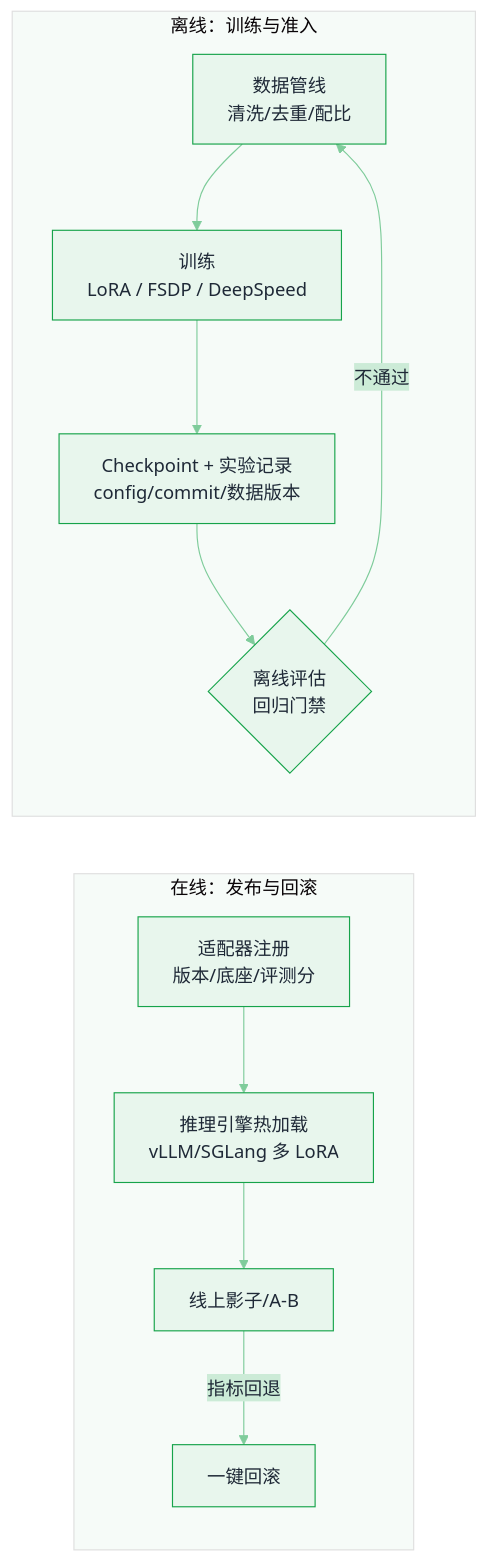
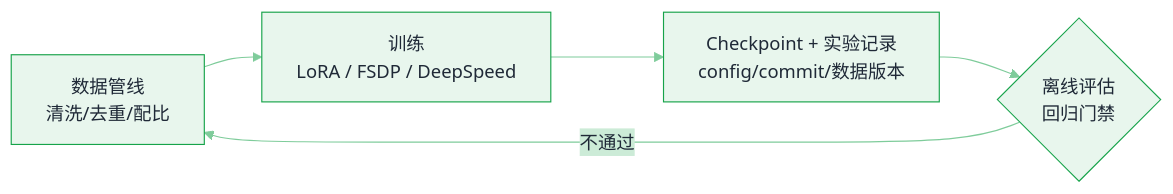
The first of 2 diagrams in docs/16-ai-infrastructure/training-finetune-infra.md (funny8kids/ai-agent-handbook), drawn with Mermaid before and after one commit. The commit also changed other lines of this file and 39 other files, not shown here.

First line of the commit message:
Round 15: re-measure all diagrams on GitBook's real mermaid version (11.14.0)

````diff
--- a/docs/16-ai-infrastructure/training-finetune-infra.md
+++ b/docs/16-ai-infrastructure/training-finetune-infra.md
@@ -26,15 +26,8 @@
 ```mermaid
 %%{init: {"theme":"base","themeVariables":{"primaryColor":"#E8F6ED","primaryBorderColor":"#16A34A","primaryTextColor":"#1F2937","secondaryColor":"#CCEBD7","tertiaryColor":"#F6FBF8","lineColor":"#7FCC9B","actorBkg":"#ECF8F1","actorBorder":"#16A34A","actorTextColor":"#1F2937","signalColor":"#5CBF80","noteBkgColor":"#D5EEDE","noteBorderColor":"#16A34A","noteTextColor":"#1F2937","labelBoxBkgColor":"#E8F6ED","labelBoxBorderColor":"#16A34A"}}}%%
 flowchart LR
-  subgraph ON["在线：发布与回滚"]
-    A[适配器注册<br/>版本/底座/评测分] --> V[推理引擎热加载<br/>vLLM/SGLang 多 LoRA]
-    V --> P[线上影子/A-B]
-    P -- 指标回退 --> R[一键回滚]
-  end
-  subgraph OFF["离线：训练与准入"]
-    D[数据管线<br/>清洗/去重/配比] --> S[训练<br/>LoRA / FSDP / DeepSpeed]
-    S --> C[Checkpoint + 实验记录<br/>config/commit/数据版本]
-    C --> E{离线评估<br/>回归门禁}
-    E -- 不通过 --> D
-  end
+  D[数据管线<br/>清洗/去重/配比] --> S[训练<br/>LoRA / FSDP / DeepSpeed]
+  S --> C[Checkpoint + 实验记录<br/>config/commit/数据版本]
+  C --> E{离线评估<br/>回归门禁}
+  E -- 不通过 --> D
 ```
````
